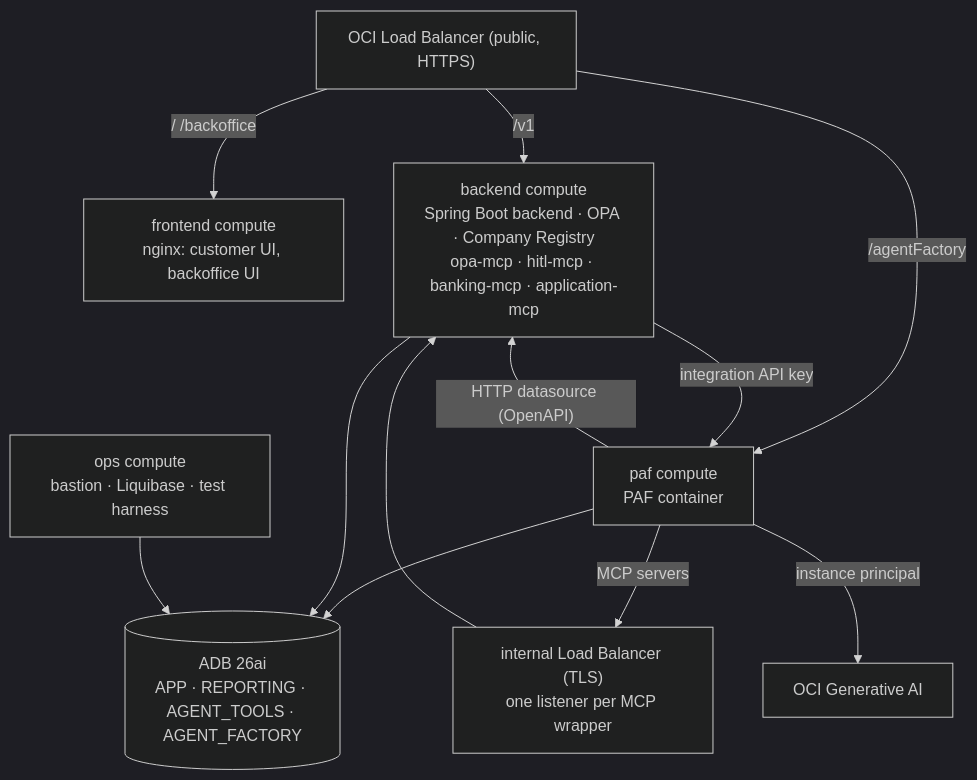
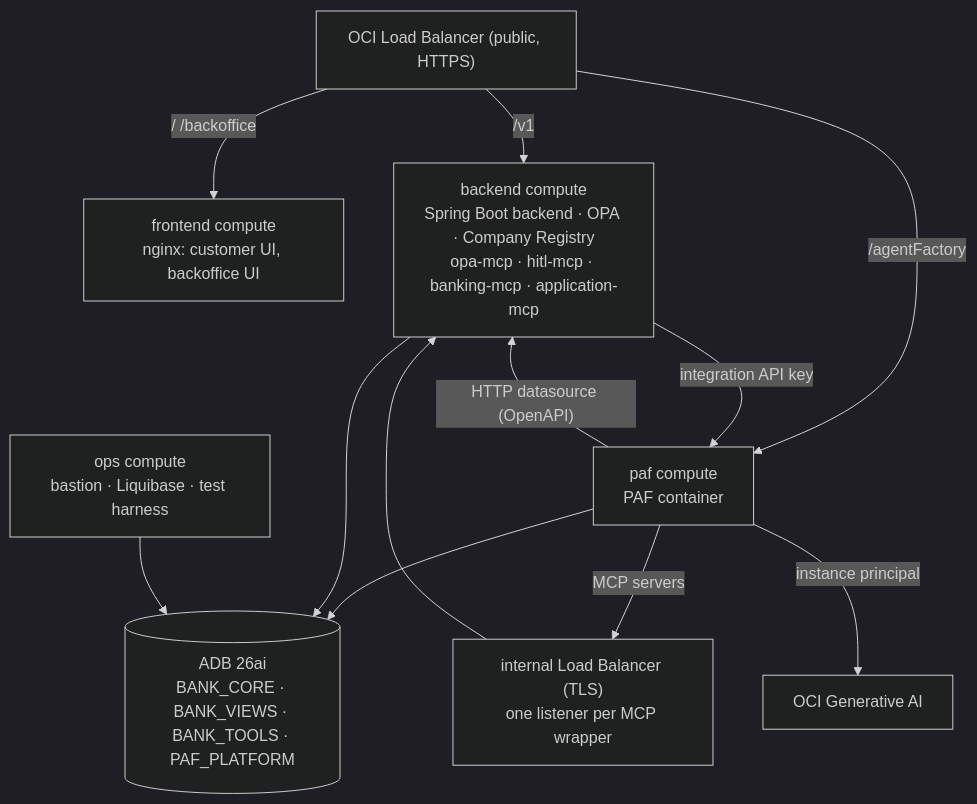
One commit to vmleon/oracle-database-private-agent-factory-poc changed the diagram in docs/DEPLOYMENT.md. Above: the diagram before and after it, drawn with Mermaid (dark theme). The commit also changed other lines of this file and 54 other files, not shown here.

````diff
--- a/docs/DEPLOYMENT.md
+++ b/docs/DEPLOYMENT.md
@@ -54,22 +54,22 @@
 ```mermaid
 flowchart TB
     lb["OCI Load Balancer (public, HTTPS)"]
     front["frontend compute<br/>nginx: customer UI, backoffice UI"]
     back["backend compute<br/>Spring Boot backend · OPA · Company Registry<br/>opa-mcp · hitl-mcp · banking-mcp · application-mcp"]
     ilb["internal Load Balancer (TLS)<br/>one listener per MCP wrapper"]
     paf["paf compute<br/>PAF container"]
     genai["OCI Generative AI"]
-    adb[("ADB 26ai<br/>APP · REPORTING · AGENT_TOOLS · AGENT_FACTORY")]
+    adb[("ADB 26ai<br/>BANK_CORE · BANK_VIEWS · BANK_TOOLS · PAF_PLATFORM")]
     ops["ops compute<br/>bastion · Liquibase · test harness"]
 
     lb -- "/  /backoffice" --> front
     lb -- "/v1" --> back
     lb -- "/agentFactory" --> paf
     back -- "integration API key" --> paf
     paf -- "MCP servers" --> ilb --> back
     paf -- "HTTP datasource (OpenAPI)" --> back
     paf -- "instance principal" --> genai
     paf --> adb
     back --> adb
     ops --> adb
 ```
````
